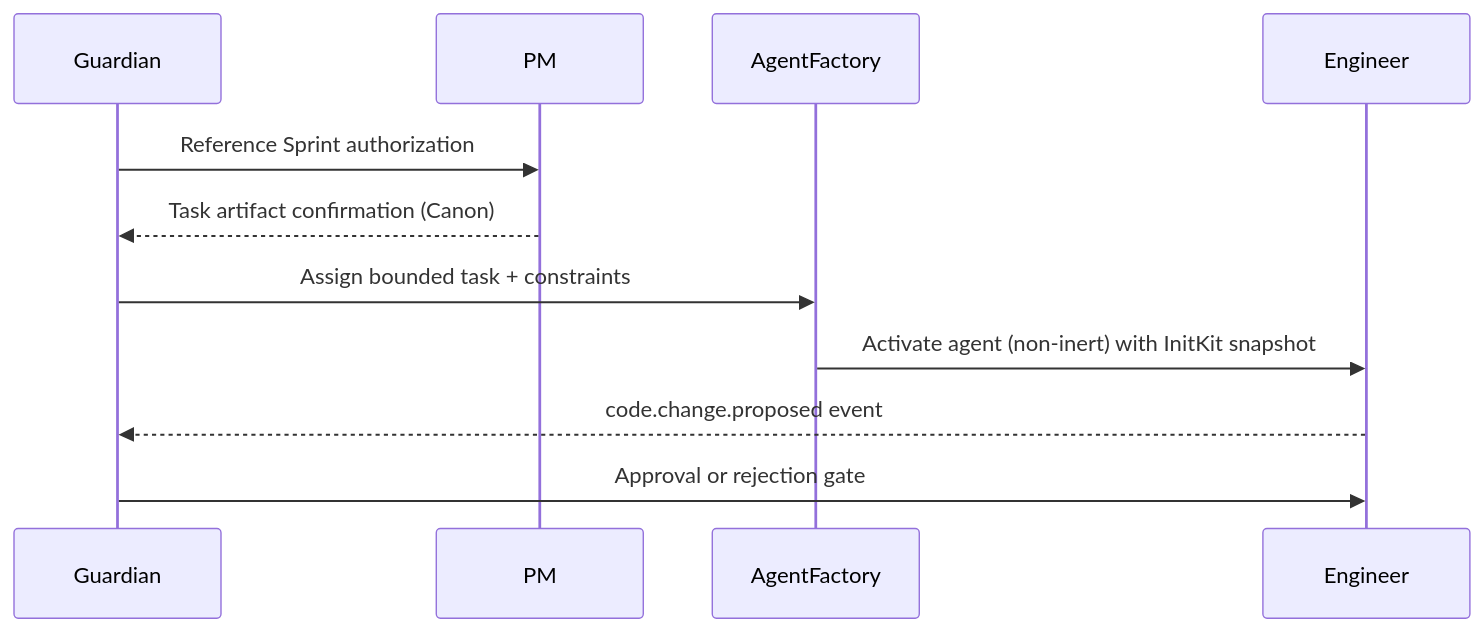
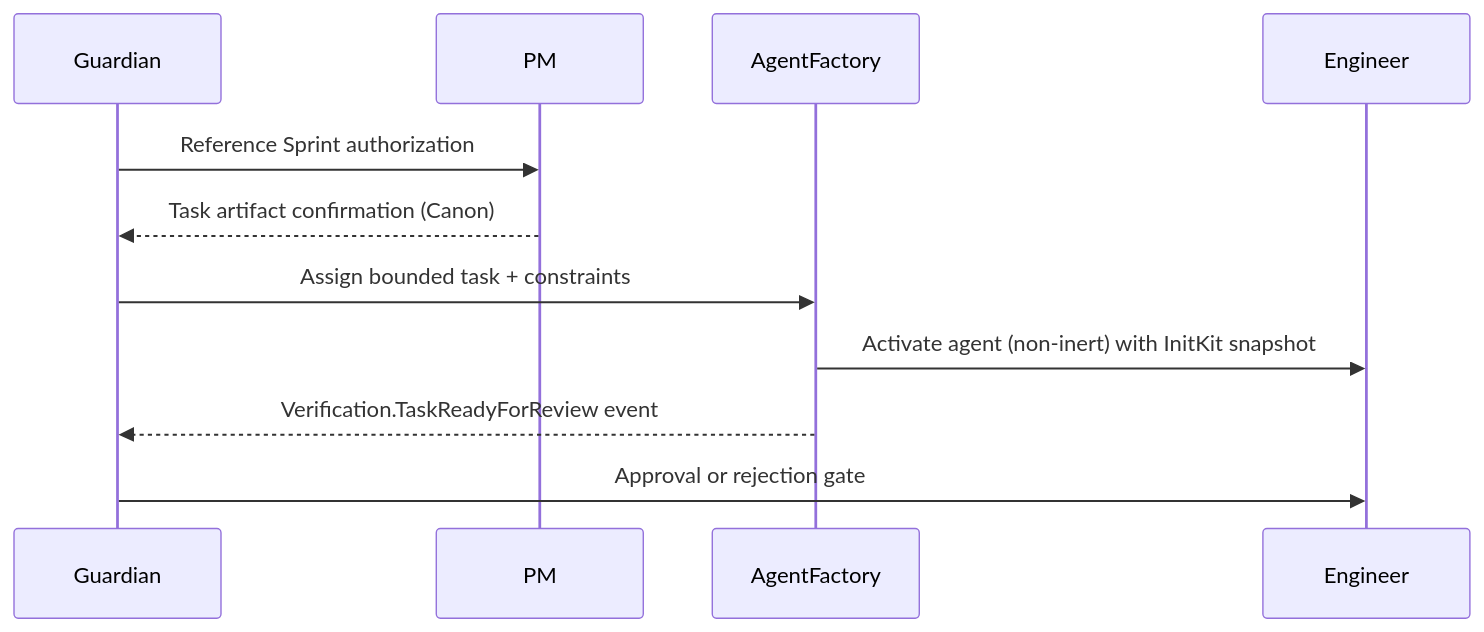
Before and after one commit to chuxorg/chux-pleximesh-documentation: the diagram in docs/runtime.md, drawn with Mermaid. The commit also changed other lines of this file and 4 other files, not shown here.

````diff
--- a/docs/runtime.md
+++ b/docs/runtime.md
@@ -71,13 +71,13 @@
 ```mermaid
 sequenceDiagram
     participant Guardian
     participant PM
     participant AgentFactory
     participant Engineer
     Guardian->>PM: Reference Sprint authorization
     PM-->>Guardian: Task artifact confirmation (Canon)
     Guardian->>AgentFactory: Assign bounded task + constraints
     AgentFactory->>Engineer: Activate agent (non-inert) with InitKit snapshot
-    Engineer-->>Guardian: code.change.proposed event
+    AgentFactory-->>Guardian: Verification.TaskReadyForReview event
     Guardian->>Engineer: Approval or rejection gate
 ```
````
